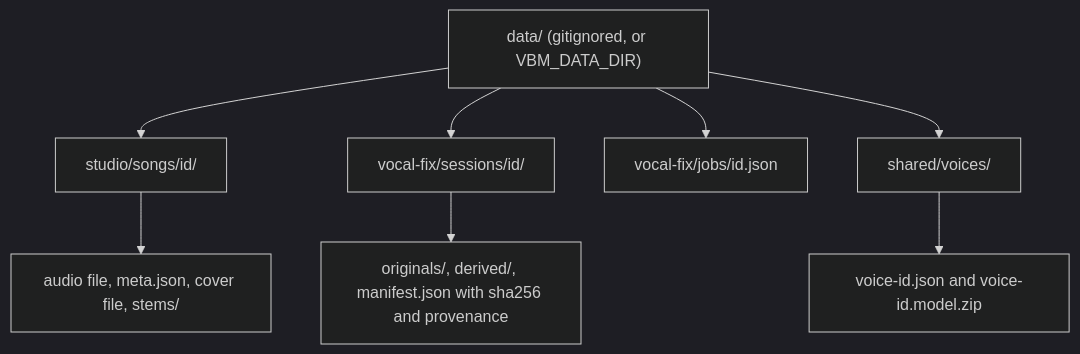
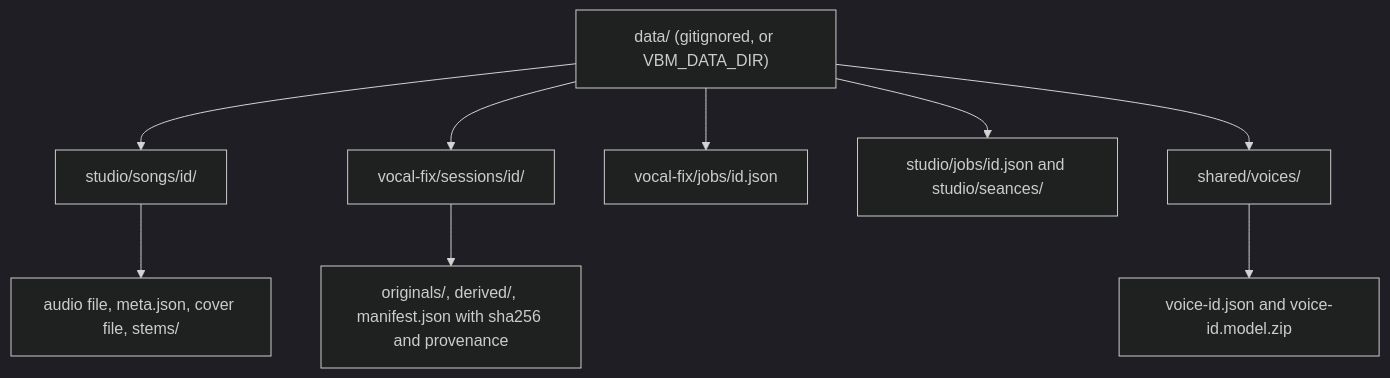
One commit to g-baskin/VocalBlackMagic changed the eighth of 9 diagrams in docs/DESIGN.md. Above: the diagram before and after it, drawn with Mermaid (dark theme). The commit also changed other lines of this file and 383 other files, not shown here.

First line of the commit message:
Docs: refresh wiki, code graph and library knowledge to b58d457 (#11)

````diff
--- a/docs/DESIGN.md
+++ b/docs/DESIGN.md
@@ -176,11 +180,12 @@
 ```mermaid
 flowchart TD
   data["data/ (gitignored, or VBM_DATA_DIR)"]
   data --> studioDir["studio/songs/id/"]
   studioDir --> songFiles["audio file, meta.json, cover file, stems/"]
   data --> vfDir["vocal-fix/sessions/id/"]
   vfDir --> vfFiles["originals/, derived/, manifest.json with sha256 and provenance"]
   data --> jobsDir["vocal-fix/jobs/id.json"]
+  data --> studioJobs["studio/jobs/id.json and studio/seances/"]
   data --> voicesDir["shared/voices/"]
   voicesDir --> voiceFiles["voice-id.json and voice-id.model.zip"]
 ```
````
